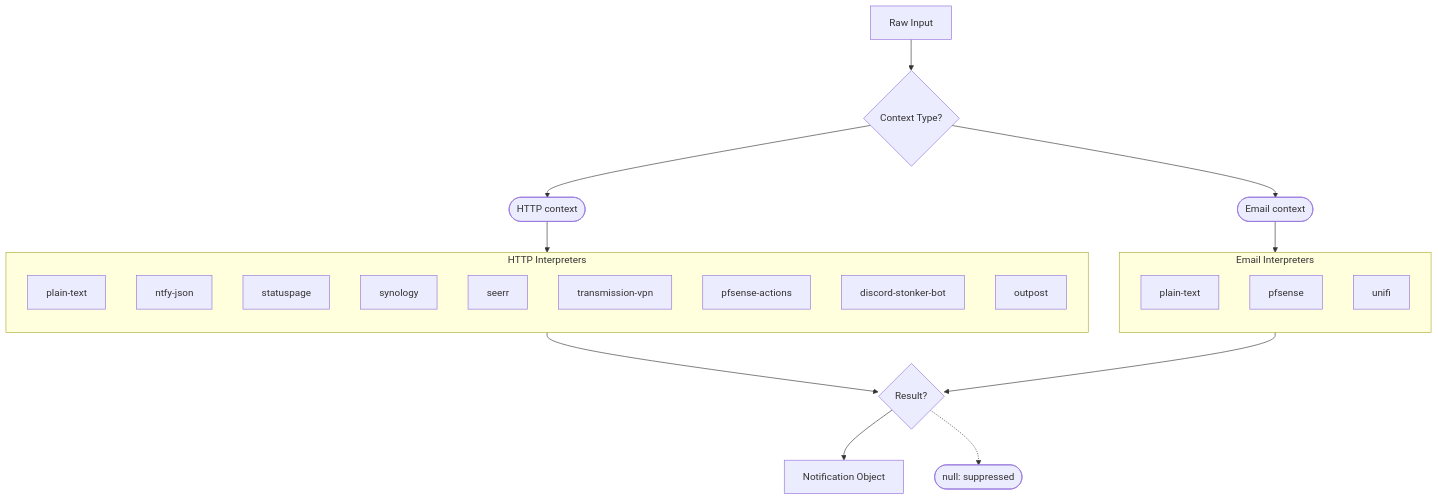
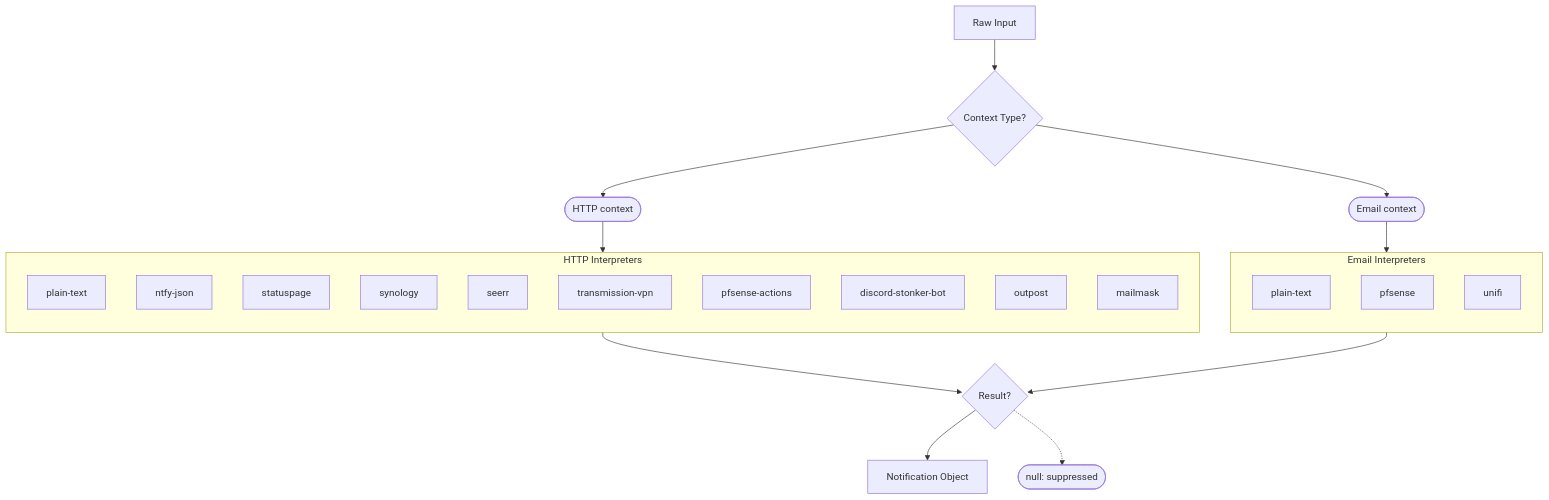
Before and after one commit to cbnventures/ntfy-reverse-proxy: the diagram in apps/docs/docs/interpreters/overview.mdx, drawn with Mermaid. The commit also changed other lines of this file and 89 other files, not shown here.

````diff
--- a/apps/docs/docs/interpreters/overview.mdx
+++ b/apps/docs/docs/interpreters/overview.mdx
@@ -22,36 +22,37 @@
 ```mermaid
 flowchart TD
     Input[Raw Input] --> Detect{Context Type?}
 
     Detect --> HTTP(["HTTP context"]):::muted
     Detect --> Email(["Email context"]):::muted
 
     subgraph HTTPInterpreters [HTTP Interpreters]
         direction TB
         PlainText1[plain-text]
         NtfyJson[ntfy-json]
         Statuspage[statuspage]
         Synology[synology]
         Seerr[seerr]
         TransmissionVpn[transmission-vpn]
         PfsenseActions[pfsense-actions]
         DiscordStonkerBot[discord-stonker-bot]
         Outpost[outpost]
+        Mailmask[mailmask]
     end
 
     subgraph EmailInterpreters [Email Interpreters]
         direction TB
         PlainText2[plain-text]
         PfSense[pfsense]
         UniFi[unifi]
     end
 
     HTTP --> HTTPInterpreters
     Email --> EmailInterpreters
 
     HTTPInterpreters --> Result{Result?}
     EmailInterpreters --> Result
 
     Result --> Notification[Notification Object]
     Result -.-> Suppressed(["null: suppressed"]):::muted
 ```
````
